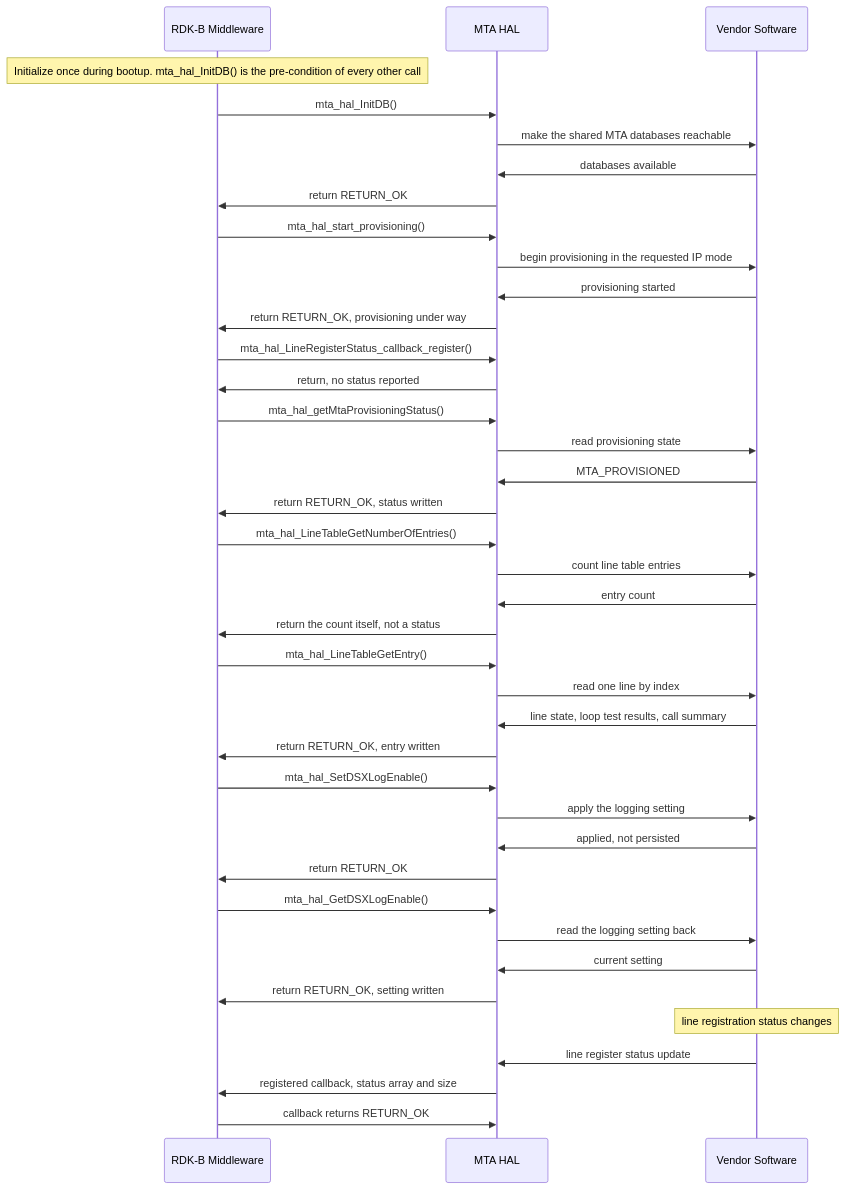
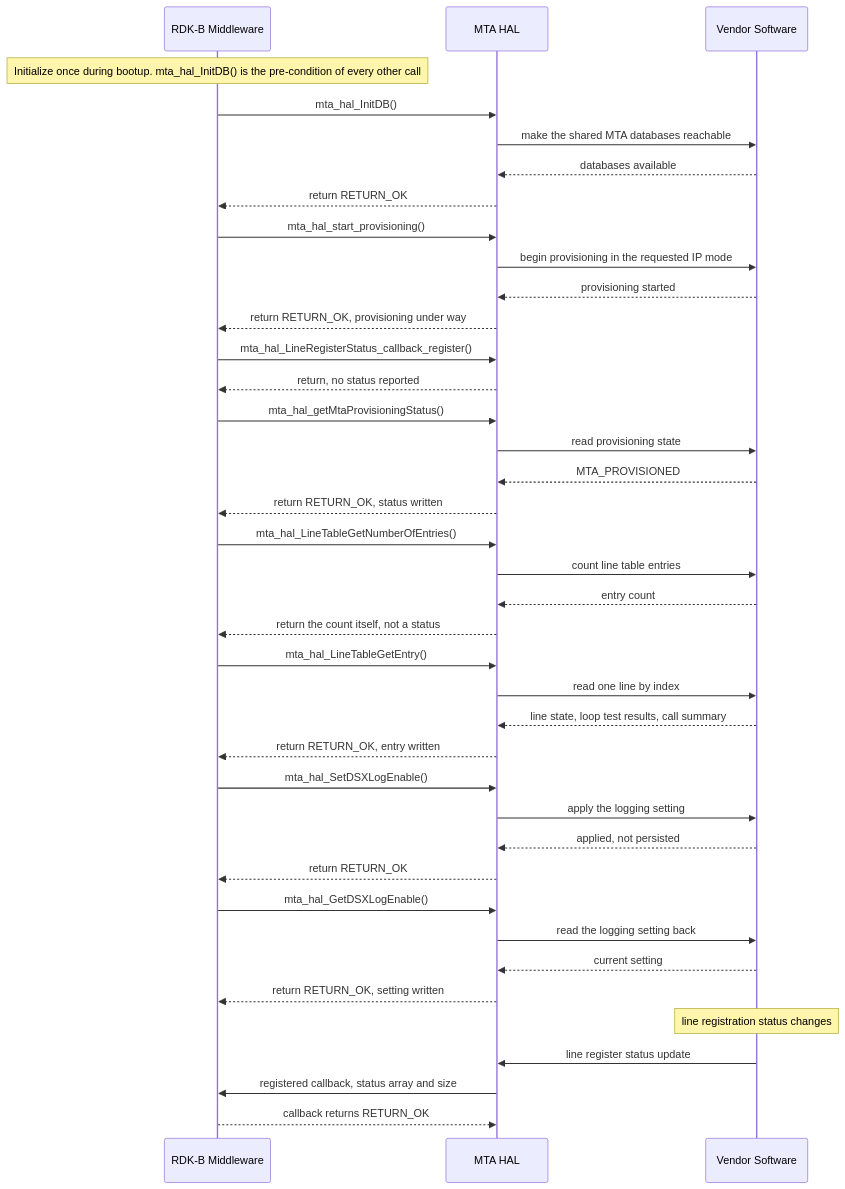
Before and after one commit to Blitzy-Sky/rdkb-halif-mta: the second of 2 diagrams in docs/pages/halSpec.md, drawn with Mermaid. The commit also changed other lines of this file, not shown here.

Commit message:
docs: unify MTA HAL sequence arrows and State Diagram wording
Replies drawn as dashed arrows; the rendering note is removed; the State Diagram topic says no state diagram is drawn.

````diff
--- a/docs/pages/halSpec.md
+++ b/docs/pages/halSpec.md
@@ -526,49 +526,49 @@
 ```mermaid
 sequenceDiagram
     participant Caller as RDK-B Middleware
     participant HAL as MTA HAL
     participant Vendor as Vendor Software
     Note over Caller: Initialize once during bootup. mta_hal_InitDB() is the pre-condition of every other call
     Caller->>HAL: mta_hal_InitDB()
     HAL->>Vendor: make the shared MTA databases reachable
-    Vendor->>HAL: databases available
-    HAL->>Caller: return RETURN_OK
+    Vendor-->>HAL: databases available
+    HAL-->>Caller: return RETURN_OK
 
     Caller->>HAL: mta_hal_start_provisioning()
     HAL->>Vendor: begin provisioning in the requested IP mode
-    Vendor->>HAL: provisioning started
-    HAL->>Caller: return RETURN_OK, provisioning under way
+    Vendor-->>HAL: provisioning started
+    HAL-->>Caller: return RETURN_OK, provisioning under way
 
     Caller->>HAL: mta_hal_LineRegisterStatus_callback_register()
-    HAL->>Caller: return, no status reported
+    HAL-->>Caller: return, no status reported
 
     Caller->>HAL: mta_hal_getMtaProvisioningStatus()
     HAL->>Vendor: read provisioning state
-    Vendor->>HAL: MTA_PROVISIONED
-    HAL->>Caller: return RETURN_OK, status written
+    Vendor-->>HAL: MTA_PROVISIONED
+    HAL-->>Caller: return RETURN_OK, status written
 
     Caller->>HAL: mta_hal_LineTableGetNumberOfEntries()
     HAL->>Vendor: count line table entries
-    Vendor->>HAL: entry count
-    HAL->>Caller: return the count itself, not a status
+    Vendor-->>HAL: entry count
+    HAL-->>Caller: return the count itself, not a status
 
     Caller->>HAL: mta_hal_LineTableGetEntry()
     HAL->>Vendor: read one line by index
-    Vendor->>HAL: line state, loop test results, call summary
-    HAL->>Caller: return RETURN_OK, entry written
+    Vendor-->>HAL: line state, loop test results, call summary
+    HAL-->>Caller: return RETURN_OK, entry written
 
     Caller->>HAL: mta_hal_SetDSXLogEnable()
     HAL->>Vendor: apply the logging setting
-    Vendor->>HAL: applied, not persisted
-    HAL->>Caller: return RETURN_OK
+    Vendor-->>HAL: applied, not persisted
+    HAL-->>Caller: return RETURN_OK
 
     Caller->>HAL: mta_hal_GetDSXLogEnable()
     HAL->>Vendor: read the logging setting back
-    Vendor->>HAL: current setting
-    HAL->>Caller: return RETURN_OK, setting written
+    Vendor-->>HAL: current setting
+    HAL-->>Caller: return RETURN_OK, setting written
 
     Note over Vendor: line registration status changes
     Vendor->>HAL: line register status update
     HAL->>Caller: registered callback, status array and size
-    Caller->>HAL: callback returns RETURN_OK
+    Caller-->>HAL: callback returns RETURN_OK
 ```
````
